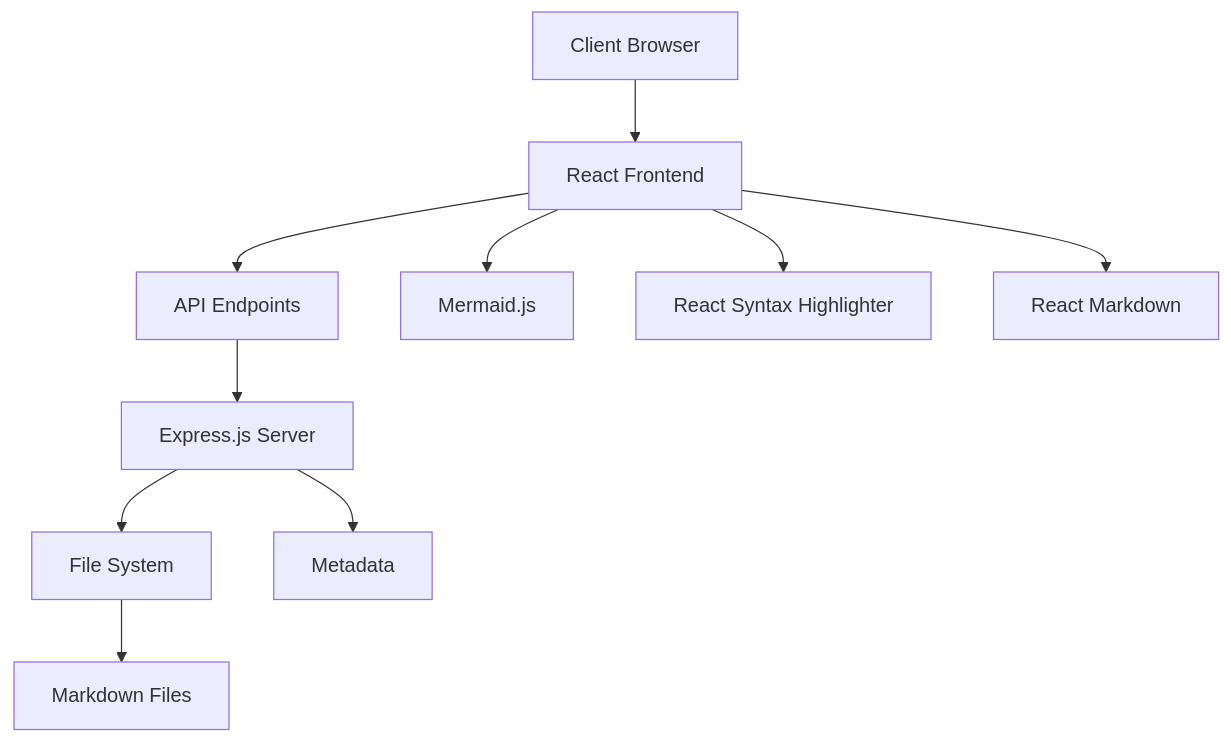
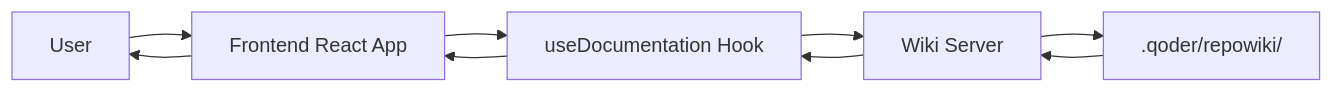
One commit to gaigenticai/Regulens changed the second of 6 diagrams in .qoder/repowiki/en/content/Documentation System.md. Above: the diagram before and after it, drawn with Mermaid. The commit also changed other lines of this file and 3 other files, not shown here.

````diff
--- a/.qoder/repowiki/en/content/Documentation System.md
+++ b/.qoder/repowiki/en/content/Documentation System.md
@@ -81,12 +85,11 @@
 ```mermaid
-graph TD
-A[Client Browser] --> B[React Frontend]
-B --> C[API Endpoints]
-C --> D[Express.js Server]
-D --> E[File System]
-E --> F[Markdown Files]
-D --> G[Metadata]
-B --> H[Mermaid.js]
-B --> I[React Syntax Highlighter]
-B --> J[React Markdown]
+graph LR
+User[User] --> Frontend[Frontend React App]
+Frontend --> Hook[useDocumentation Hook]
+Hook --> Backend[Wiki Server]
+Backend --> Wiki[.qoder/repowiki/]
+Wiki --> Backend
+Backend --> Hook
+Hook --> Frontend
+Frontend --> User
 ```
````
